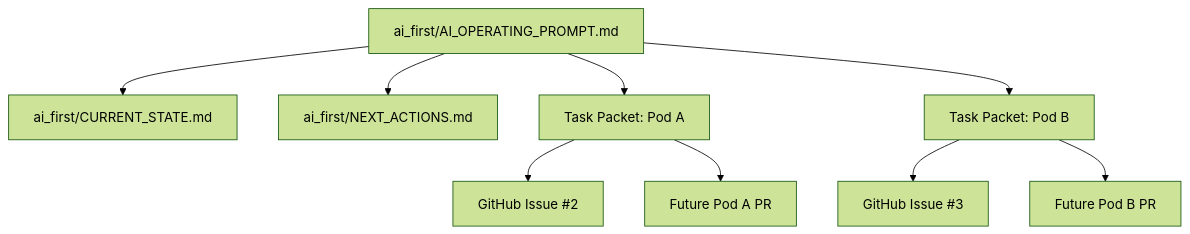
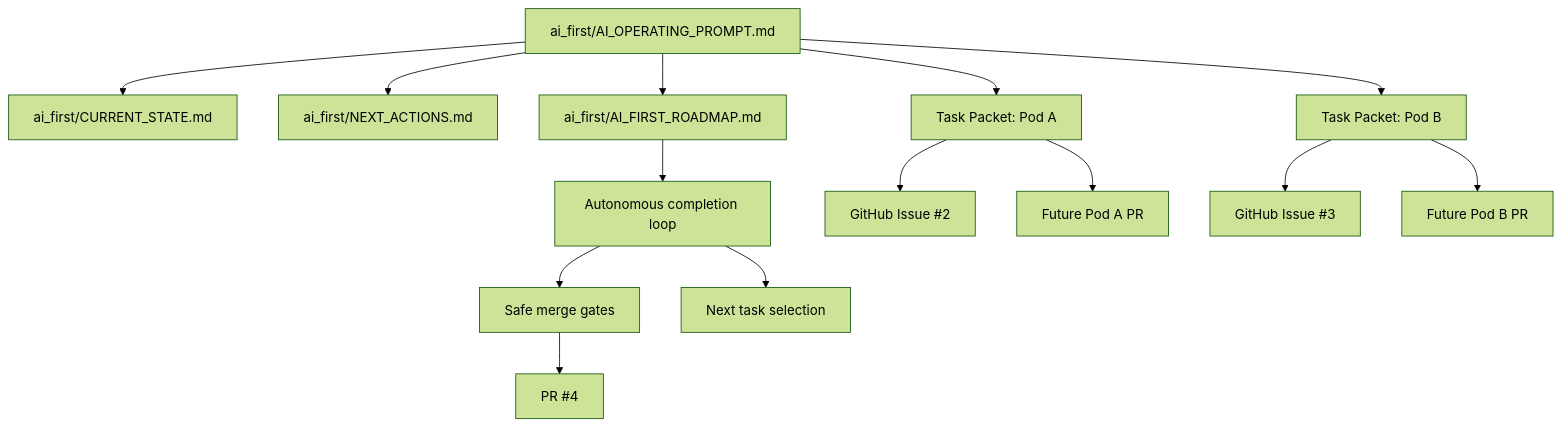
The diagram in docs/superpowers/pr-notes/docs-first-task-packets.md (Creative-Science-Contest-2026/Multiagent-learning-platform), drawn with Mermaid (forest theme) before and after one commit. The commit also changed other lines of this file and 8 other files, not shown here.

````diff
--- a/docs/superpowers/pr-notes/docs-first-task-packets.md
+++ b/docs/superpowers/pr-notes/docs-first-task-packets.md
@@ -13,12 +13,18 @@
 ```mermaid
 flowchart TD
   Prompt["ai_first/AI_OPERATING_PROMPT.md"]
+  Roadmap["ai_first/AI_FIRST_ROADMAP.md"]
   Prompt --> State["ai_first/CURRENT_STATE.md"]
   Prompt --> Actions["ai_first/NEXT_ACTIONS.md"]
+  Prompt --> Roadmap
   Prompt --> PodA["Task Packet: Pod A"]
   Prompt --> PodB["Task Packet: Pod B"]
   PodA --> Issue2["GitHub Issue #2"]
   PodB --> Issue3["GitHub Issue #3"]
   PodA --> PRA["Future Pod A PR"]
   PodB --> PRB["Future Pod B PR"]
+  Roadmap --> Loop["Autonomous completion loop"]
+  Loop --> Gates["Safe merge gates"]
+  Loop --> Next["Next task selection"]
+  Gates --> PR4["PR #4"]
 ```
````
